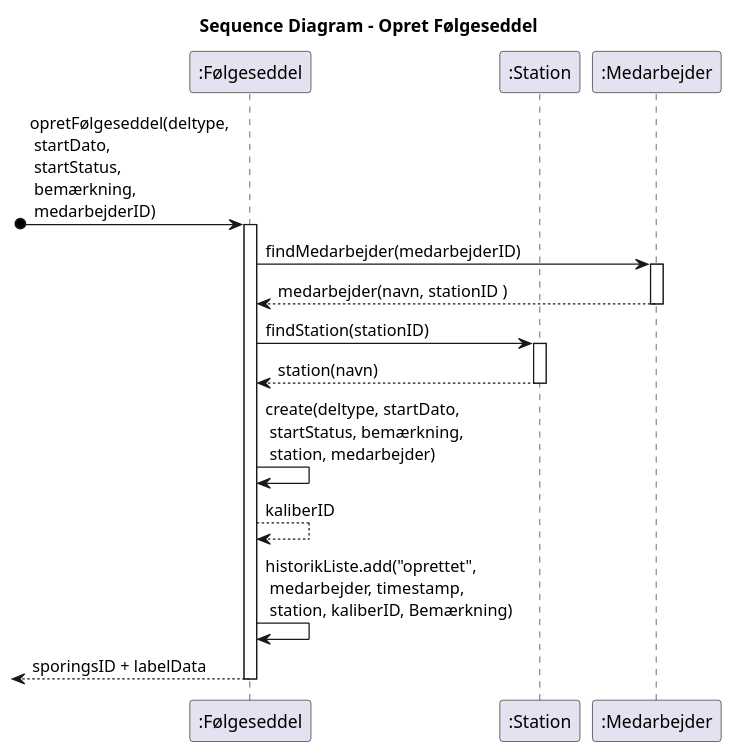
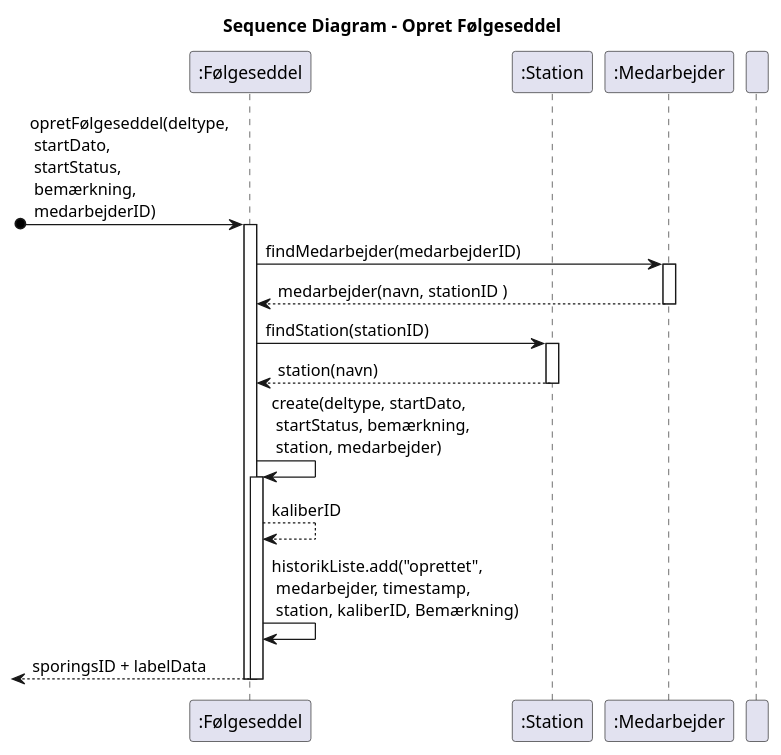
Before and after one commit to marsbo04/budweg: the diagram in uml_artifacts/uc1_sd.puml, drawn with PlantUML.

Commit message:
Add participant 'IL' and adjust activation flow

```diff
--- a/uml_artifacts/uc1_sd.puml
+++ b/uml_artifacts/uc1_sd.puml
@@ -1,36 +1,36 @@
 @startuml
 title Sequence Diagram – Opret Følgeseddel 
 
 
 participant ":Følgeseddel" as F
 participant ":Station" as ST
 participant ":Medarbejder" as ME
-
+participant " " as IL
 
 [o-> F: opretFølgeseddel(deltype,\n startDato,\n startStatus,\n bemærkning,\n medarbejderID)
 activate F
 
 
 F -> ME: findMedarbejder(medarbejderID)
 activate ME
 ME --> F: medarbejder(navn, stationID )
 deactivate ME
 F -> ST: findStation(stationID)
 activate ST
 ST --> F: station(navn)      
 deactivate ST
 
-
 F -> F: create(deltype, startDato,\n startStatus, bemærkning,\n station, medarbejder)
-
+activate F
 
 F --> F: kaliberID
 
 
 F -> F: historikListe.add("oprettet",\n medarbejder, timestamp,\n station, kaliberID, Bemærkning)
 
 
 <-- F: sporingsID + labelData
 deactivate F
+deactivate F
 
 @enduml
```
